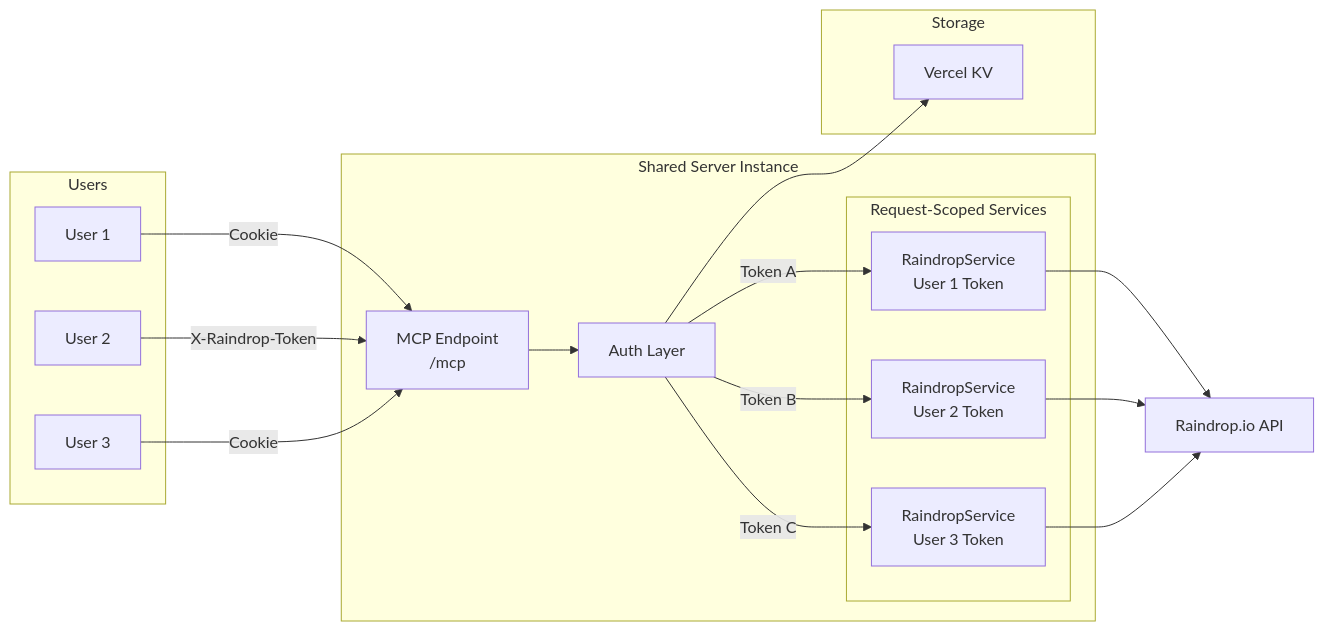
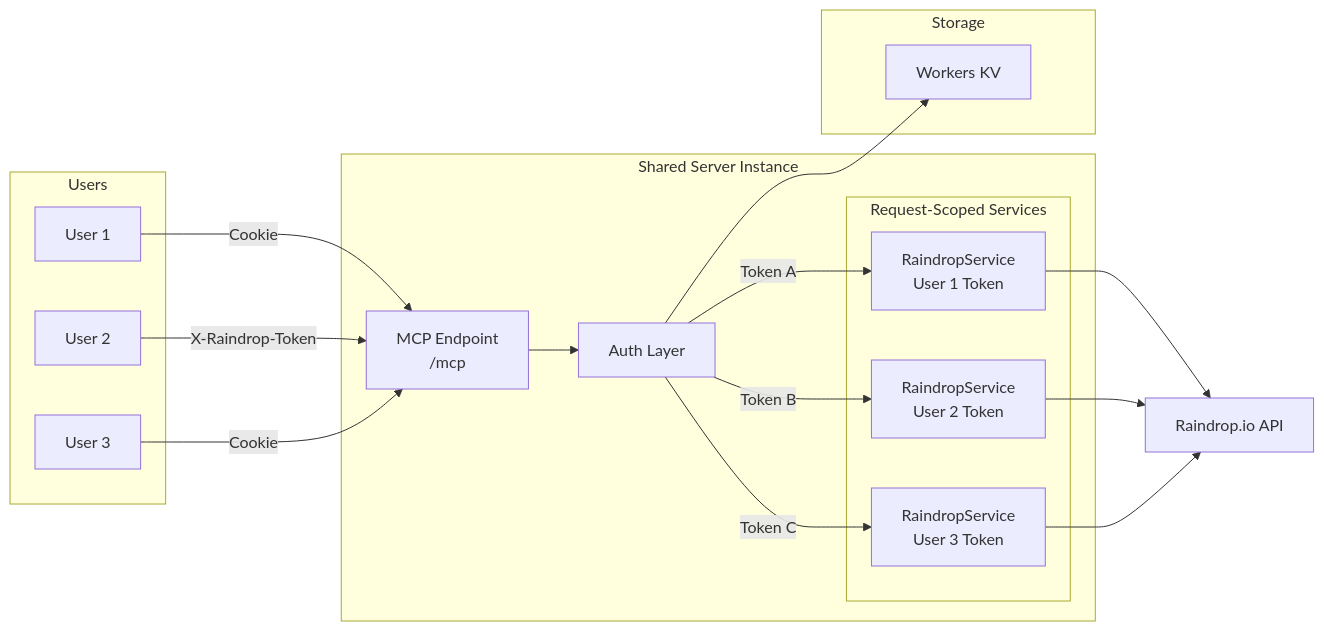
Before and after one commit to Aarekaz/raindrop-mcp: the third of 3 diagrams in README.md, drawn with Mermaid. The commit also changed other lines of this file and 14 other files, not shown here.

````diff
--- a/README.md
+++ b/README.md
@@ -211,38 +217,38 @@
 ```mermaid
 graph LR
     subgraph "Shared Server Instance"
         Endpoint["MCP Endpoint\n/mcp"]
         Auth[Auth Layer]
 
         subgraph "Request-Scoped Services"
             Service1["RaindropService\nUser 1 Token"]
             Service2["RaindropService\nUser 2 Token"]
             Service3["RaindropService\nUser 3 Token"]
         end
     end
 
     subgraph "Users"
         User1[User 1]
         User2[User 2]
         User3[User 3]
     end
 
     subgraph "Storage"
-        KV["Vercel KV"]
+        KV["Workers KV"]
     end
 
     User1 -->|Cookie| Endpoint
     User2 -->|X-Raindrop-Token| Endpoint
     User3 -->|Cookie| Endpoint
 
     Endpoint --> Auth
     Auth --> KV
 
     Auth -->|Token A| Service1
     Auth -->|Token B| Service2
     Auth -->|Token C| Service3
 
     Service1 --> API[Raindrop.io API]
     Service2 --> API
     Service3 --> API
 ```
````
